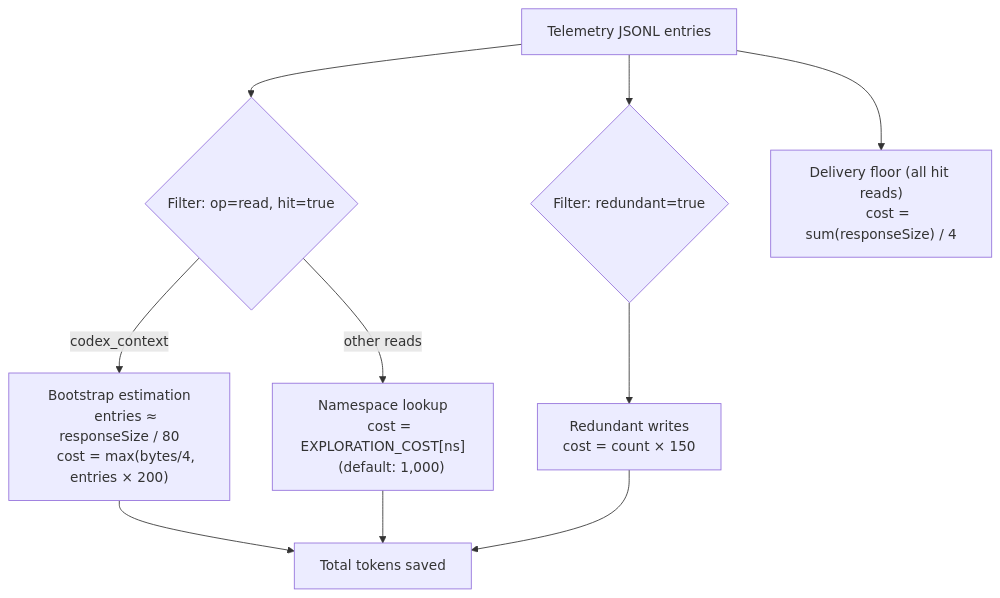
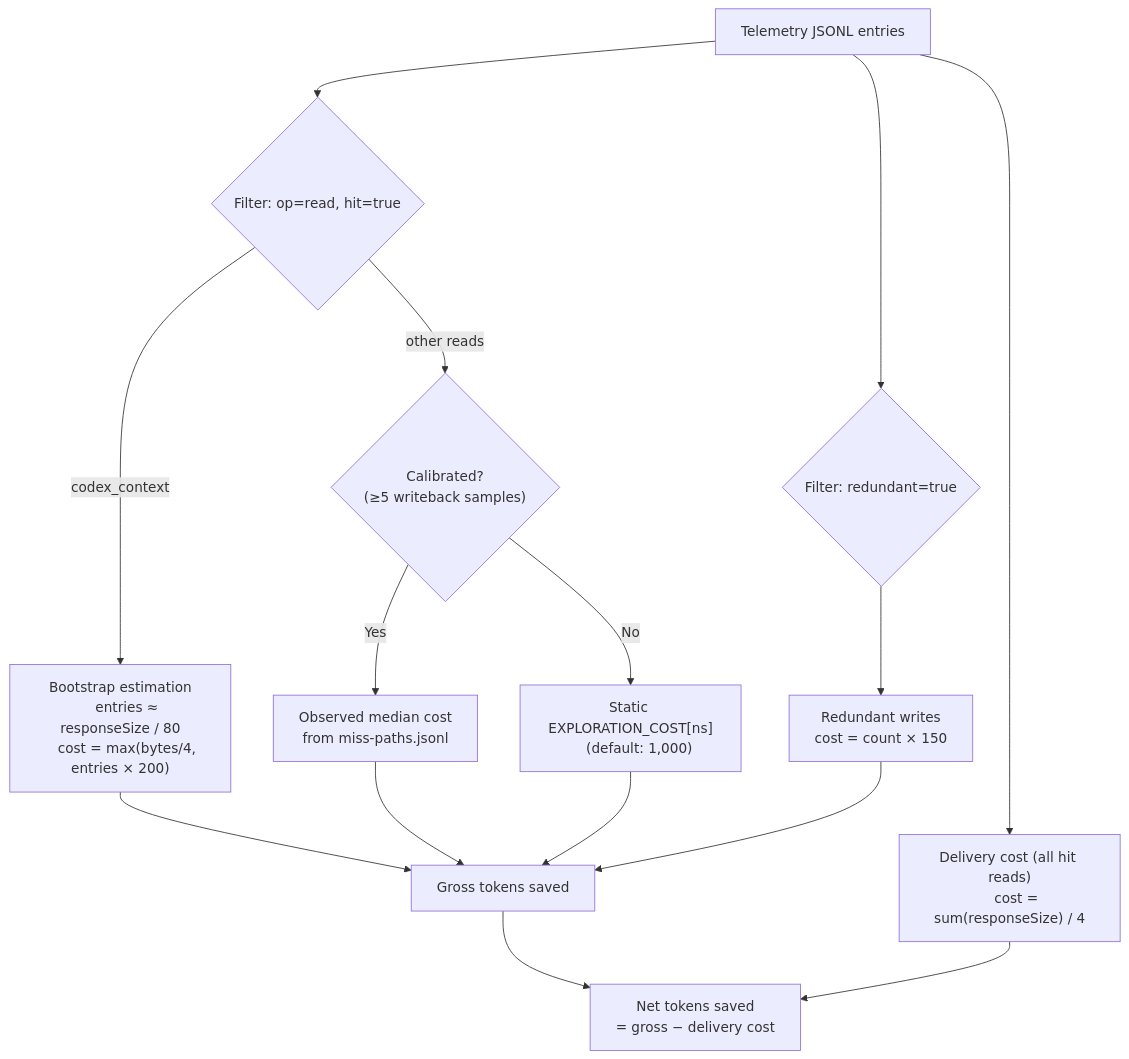
One commit to seabearDEV/codexCLI changed the fifth of 6 diagrams in docs/token-savings.md. Above: the diagram before and after it, drawn with Mermaid. The commit also changed other lines of this file and 16 other files, not shown here.

First line of the commit message:
v1.9.0: observed miss-path token savings, net savings, self-calibrating costs

````diff
--- a/docs/token-savings.md
+++ b/docs/token-savings.md
@@ -244,20 +309,28 @@
 ```mermaid
 flowchart TD
     T["Telemetry JSONL entries"] --> F{"Filter: op=read, hit=true"}
     F -->|codex_context| B["Bootstrap estimation
     entries ≈ responseSize / 80
     cost = max(bytes/4, entries × 200)"]
-    F -->|other reads| N["Namespace lookup
-    cost = EXPLORATION_COST[ns]
+    F -->|other reads| CAL{"Calibrated?
+    (≥5 writeback samples)"}
+    CAL -->|Yes| OBS["Observed median cost
+    from miss-paths.jsonl"]
+    CAL -->|No| STATIC["Static EXPLORATION_COST[ns]
     (default: 1,000)"]
     T --> R{"Filter: redundant=true"}
     R --> RW["Redundant writes
     cost = count × 150"]
 
-    B --> SUM["Total tokens saved"]
-    N --> SUM
-    RW --> SUM
+    B --> GROSS["Gross tokens saved"]
+    OBS --> GROSS
+    STATIC --> GROSS
+    RW --> GROSS
 
-    T --> DF["Delivery floor (all hit reads)
+    T --> DC["Delivery cost (all hit reads)
     cost = sum(responseSize) / 4"]
+
+    GROSS --> NET["Net tokens saved
+    = gross − delivery cost"]
+    DC --> NET
 ```
````
